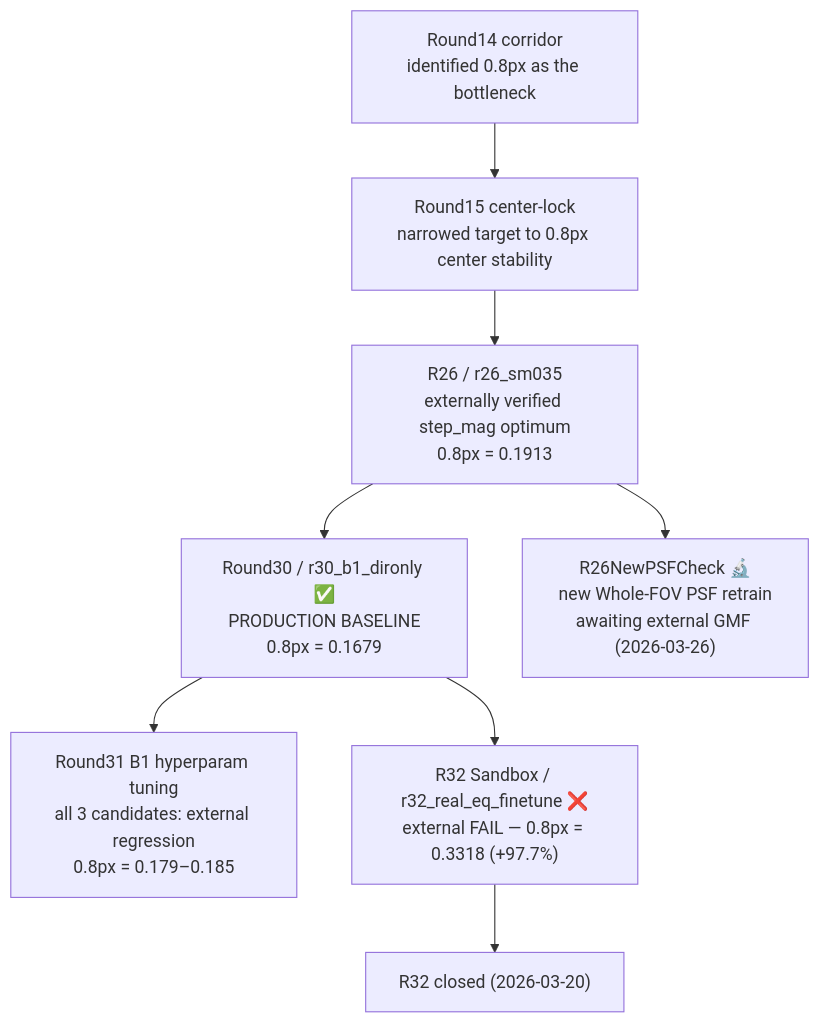
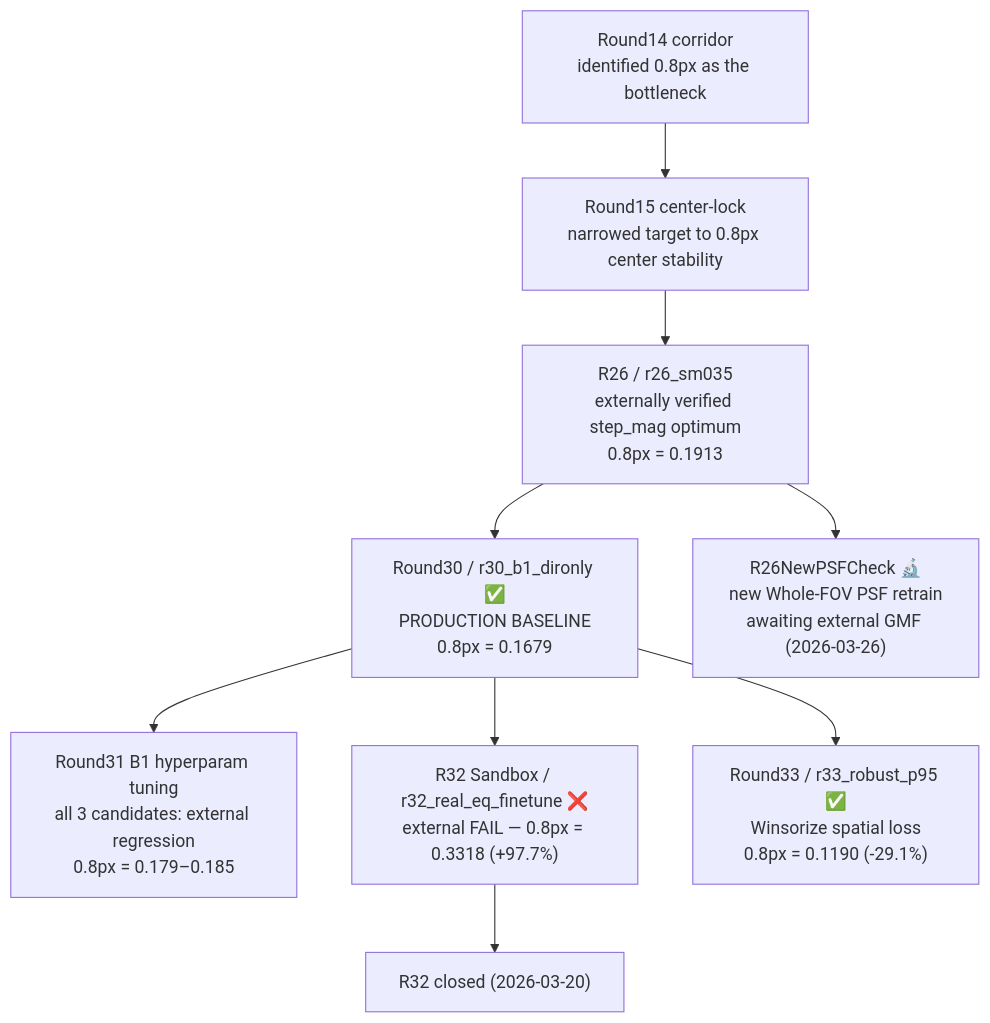
One commit to rio10255254/GMM_2_Final changed the diagram in docs/analysis/RESEARCH_PATHS.md. Above: the diagram before and after it, drawn with Mermaid. The commit also changed other lines of this file and 10 other files, not shown here.

````diff
--- a/docs/analysis/RESEARCH_PATHS.md
+++ b/docs/analysis/RESEARCH_PATHS.md
@@ -8,10 +8,11 @@
 ```mermaid
 flowchart TD
     R14["Round14 corridor<br/>identified 0.8px as the bottleneck"] --> R15["Round15 center-lock<br/>narrowed target to 0.8px center stability"]
     R15 --> R26["R26 / r26_sm035<br/>externally verified step_mag optimum<br/>0.8px = 0.1913"]
     R26 --> R30["Round30 / r30_b1_dironly ✅<br/>PRODUCTION BASELINE<br/>0.8px = 0.1679"]
     R30 --> R31["Round31 B1 hyperparam tuning<br/>all 3 candidates: external regression<br/>0.8px = 0.179–0.185"]
     R30 --> R32["R32 Sandbox / r32_real_eq_finetune ❌<br/>external FAIL — 0.8px = 0.3318 (+97.7%)"]
     R32 --> CLOSED["R32 closed (2026-03-20)"]
     R26 --> R26PSF["R26NewPSFCheck 🔬<br/>new Whole-FOV PSF retrain<br/>awaiting external GMF (2026-03-26)"]
+    R30 --> R33["Round33 / r33_robust_p95 ✅<br/>Winsorize spatial loss<br/>0.8px = 0.1190 (-29.1%)"]
 ```
````
